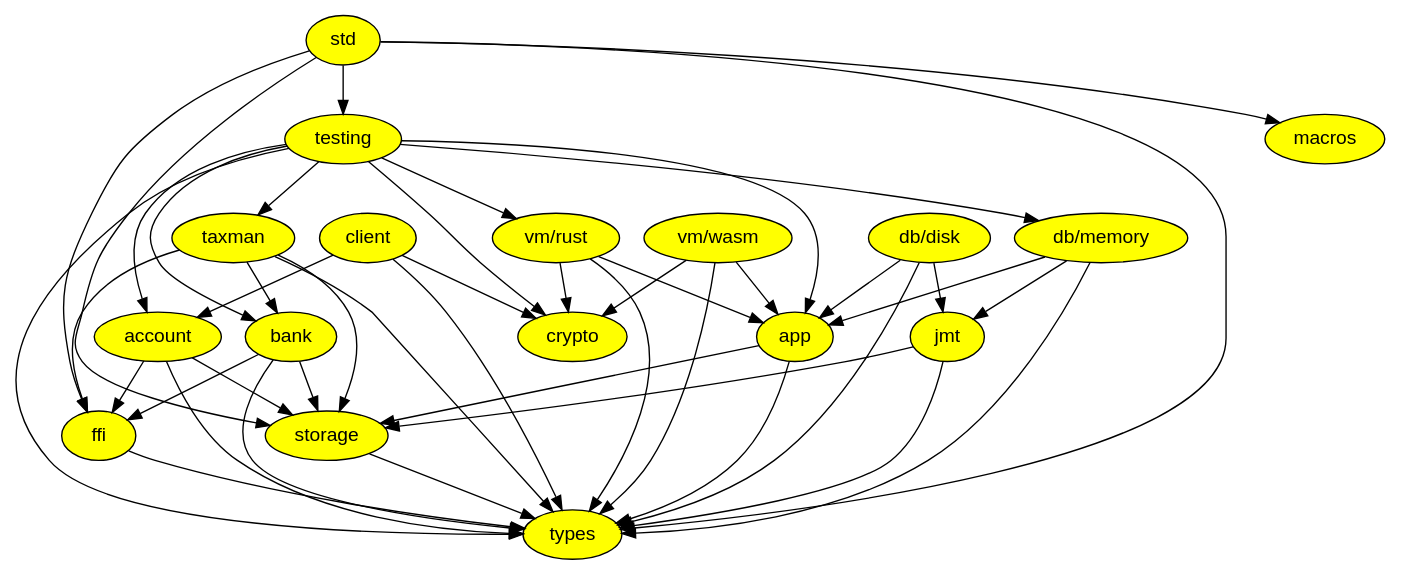
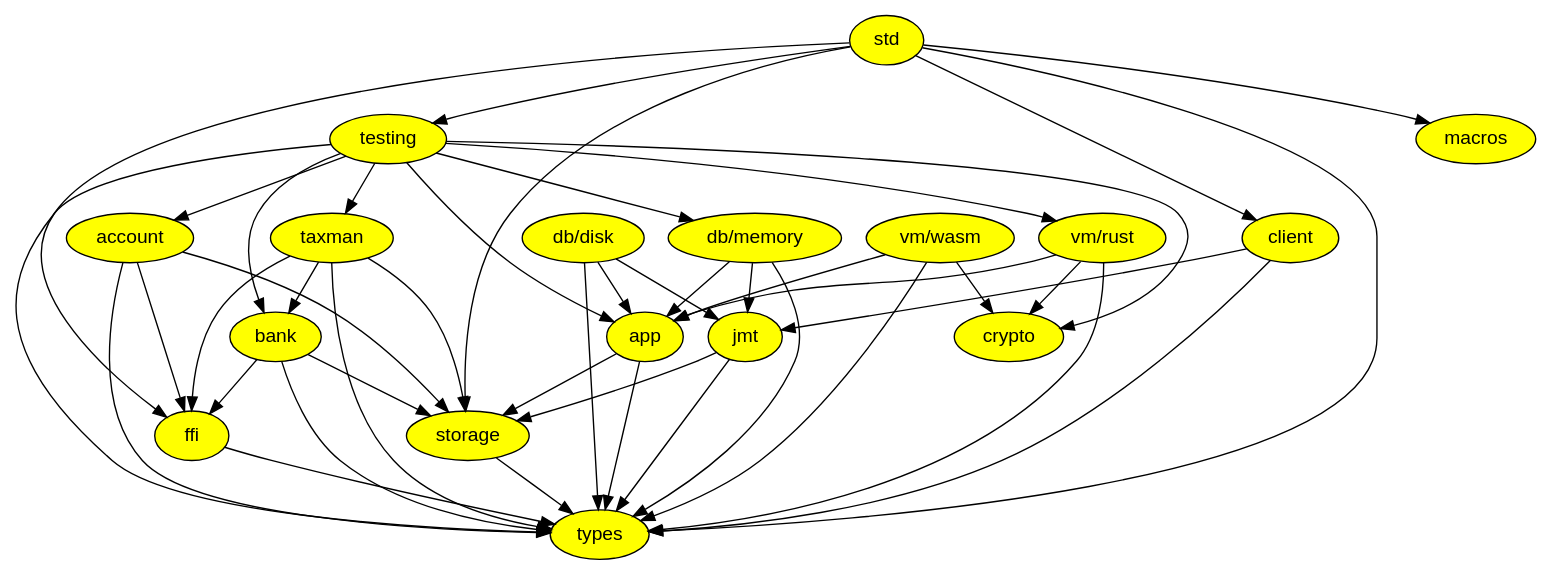
The diagram in docs/reference/generate-dependency-graph.md (left-curve/left-curve), drawn with Graphviz before and after one commit.

Commit message:
update dependency chart

````diff
--- a/docs/reference/generate-dependency-graph.md
+++ b/docs/reference/generate-dependency-graph.md
@@ -5,63 +5,63 @@
 ```graphviz
 digraph G {
   node [fontname="Helvetica" style=filled fillcolor=yellow];
 
   account -> ffi;
   account -> storage;
   account -> types;
 
   bank -> ffi;
   bank -> storage;
   bank -> types;
 
   taxman -> bank;
   taxman -> ffi;
   taxman -> storage;
   taxman -> types;
 
   testing -> app;
   testing -> account;
   testing -> bank;
   testing -> crypto;
   testing -> "db/memory";
   testing -> taxman;
   testing -> types;
   testing -> "vm/rust";
 
   app -> storage;
   app -> types;
 
-  client -> account;
-  client -> crypto;
+  client -> jmt;
   client -> types;
 
   "db/disk" -> app;
   "db/disk" -> jmt;
   "db/disk" -> types;
 
   "db/memory" -> app;
   "db/memory" -> jmt;
   "db/memory" -> types;
 
   ffi -> types;
 
   jmt -> storage;
   jmt -> types;
 
+  std -> client;
   std -> ffi;
   std -> macros;
   std -> storage;
   std -> testing;
   std -> types;
 
   storage -> types;
 
   "vm/rust" -> app;
   "vm/rust" -> crypto;
   "vm/rust" -> types;
 
   "vm/wasm" -> app;
   "vm/wasm" -> crypto;
   "vm/wasm" -> types;
 }
 ```
````
